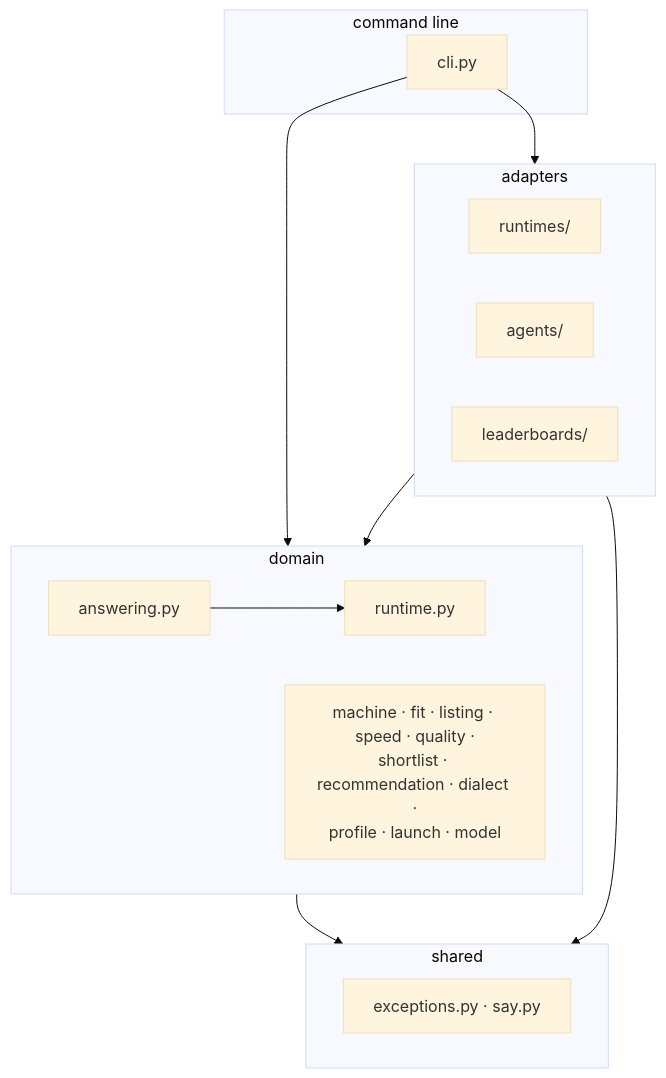
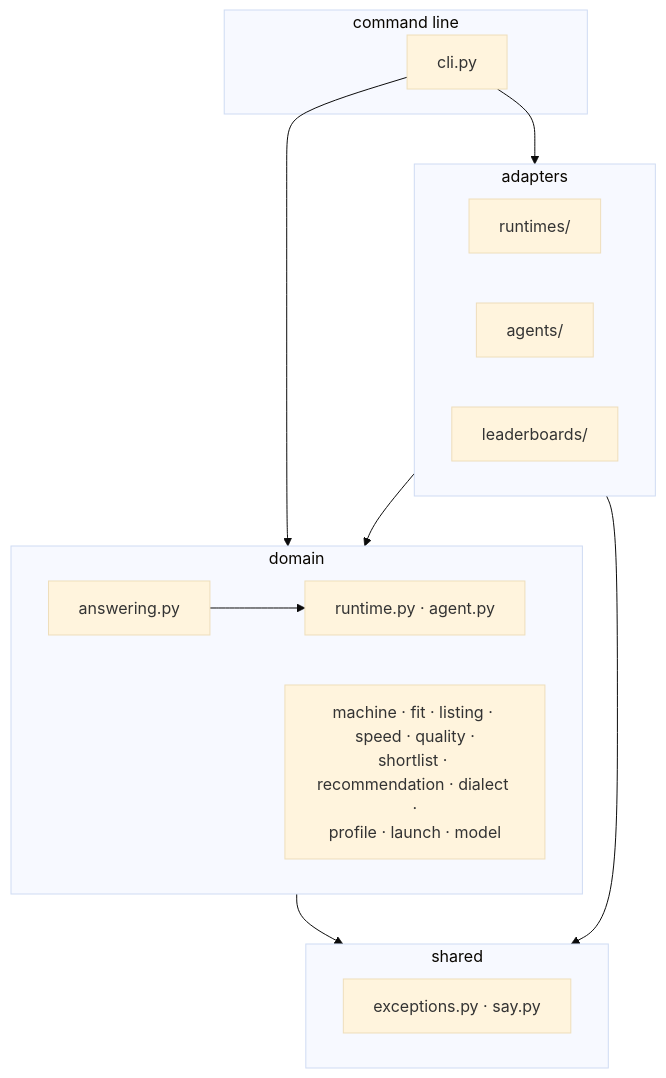
Before and after one commit to pvardanis/offgrid: the first of 3 diagrams in docs/architecture.md, drawn with Mermaid (base theme). The commit also changed other lines of this file and 1 other file, not shown here.

First line of the commit message:
docs: mark the agent seam built, and what building it settled

````diff
--- a/docs/architecture.md
+++ b/docs/architecture.md
@@ -13,26 +13,26 @@
 ```mermaid
 flowchart TD
     subgraph cmd [command line]
         cli[cli.py]
     end
     subgraph adapters [adapters]
         rt["runtimes/"]
         ag["agents/"]
         lb["leaderboards/"]
     end
     subgraph domain [domain]
         answering[answering.py]
-        ports["runtime.py"]
+        ports["runtime.py · agent.py"]
         rest["machine · fit · listing · speed · quality ·<br/>shortlist · recommendation · dialect ·<br/>profile · launch · model"]
     end
     subgraph shared [shared]
         sh["exceptions.py · say.py"]
     end
 
     cli --> adapters
     cli --> domain
     adapters --> domain
     domain --> shared
     adapters --> shared
     answering --> ports
 ```
````
